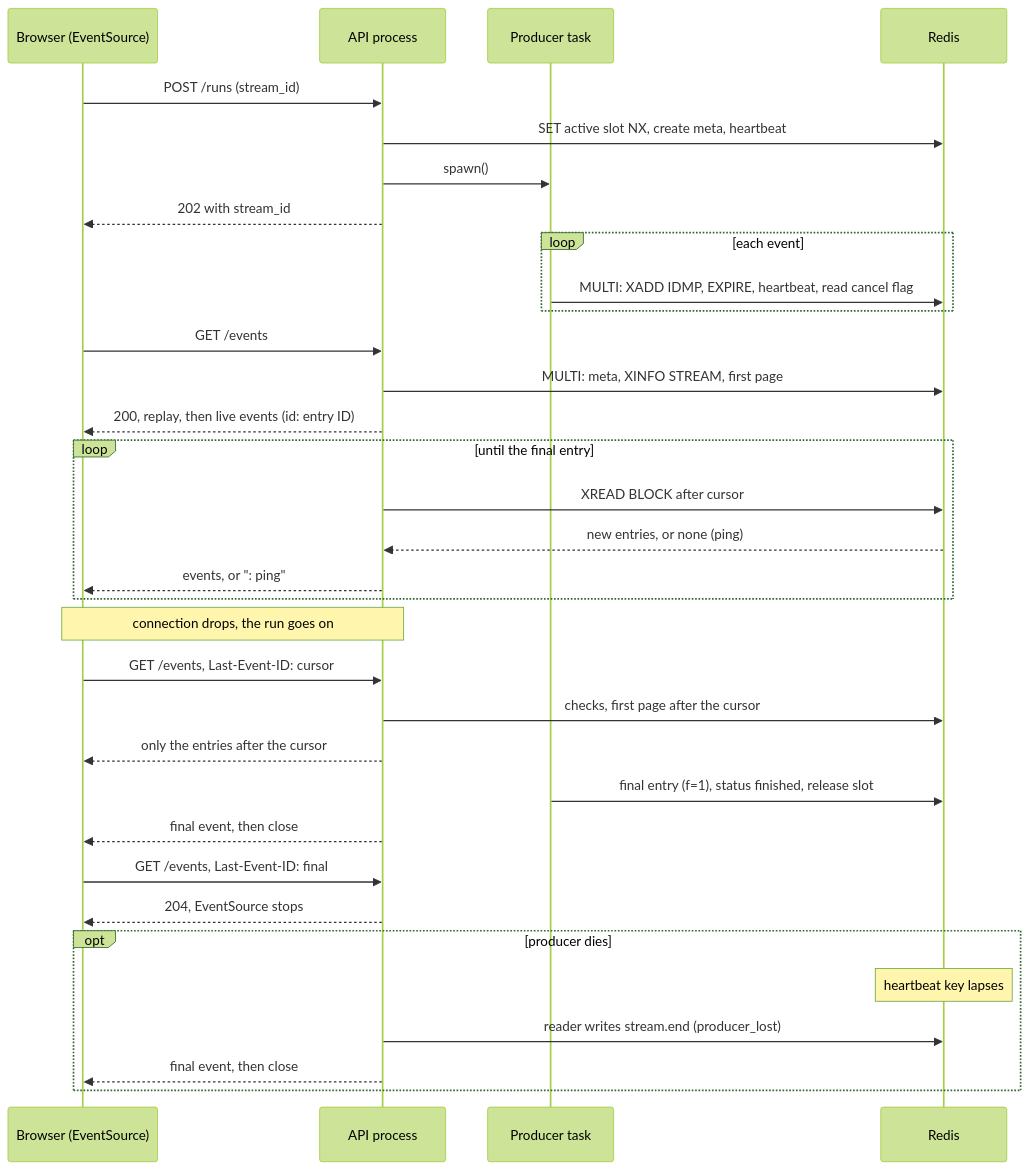
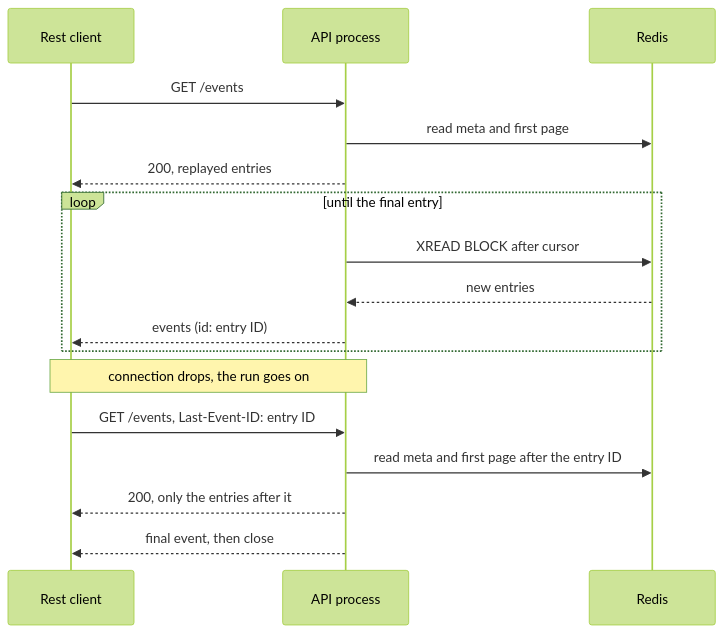
Before and after one commit to redis/fastapi-redis-sdk: the fourth of 4 diagrams in docs/guide/architecture.md, drawn with Mermaid (forest theme). The commit also changed other lines of this file and 12 other files, not shown here.

````diff
--- a/docs/guide/architecture.md
+++ b/docs/guide/architecture.md
@@ -646,41 +673,21 @@
 ```mermaid
 sequenceDiagram
-    participant B as Browser (EventSource)
+    participant B as Rest client
     participant A as API process
-    participant P as Producer task
     participant R as Redis
 
-    B->>A: POST /runs (stream_id)
-    A->>R: SET active slot NX, create meta, heartbeat
-    A->>P: spawn()
-    A-->>B: 202 with stream_id
-
-    loop each event
-        P->>R: MULTI: XADD IDMP, EXPIRE, heartbeat, read cancel flag
-    end
-
     B->>A: GET /events
-    A->>R: MULTI: meta, XINFO STREAM, first page
-    A-->>B: 200, replay, then live events (id: entry ID)
+    A->>R: read meta and first page
+    A-->>B: 200, replayed entries
     loop until the final entry
         A->>R: XREAD BLOCK after cursor
-        R-->>A: new entries, or none (ping)
-        A-->>B: events, or ": ping"
+        R-->>A: new entries
+        A-->>B: events (id: entry ID)
     end
 
     Note over B,A: connection drops, the run goes on
-    B->>A: GET /events, Last-Event-ID: cursor
-    A->>R: checks, first page after the cursor
-    A-->>B: only the entries after the cursor
-
-    P->>R: final entry (f=1), status finished, release slot
+    B->>A: GET /events, Last-Event-ID: entry ID
+    A->>R: read meta and first page after the entry ID
+    A-->>B: 200, only the entries after it
     A-->>B: final event, then close
-    B->>A: GET /events, Last-Event-ID: final
-    A-->>B: 204, EventSource stops
-
-    opt producer dies
-        Note over R: heartbeat key lapses
-        A->>R: reader writes stream.end (producer_lost)
-        A-->>B: final event, then close
-    end
 ```
````
